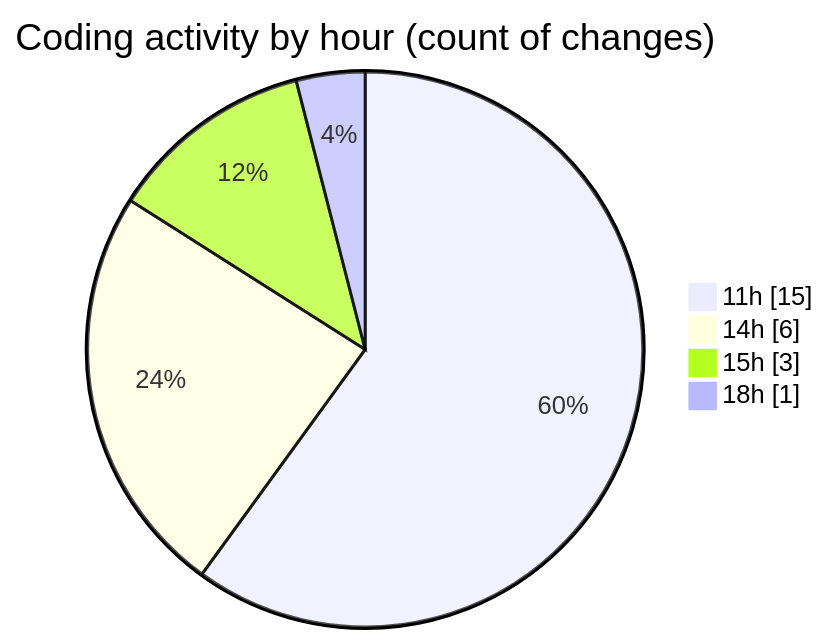
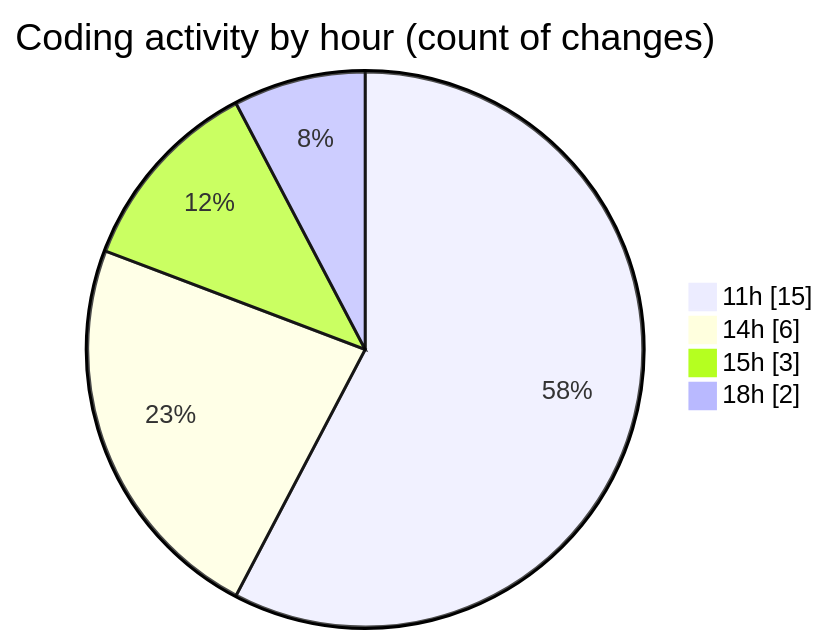
The second of 2 diagrams in 2025-12-12/nxtqube_webapp/README.md (nxtqubesakshisongat/code-tracking), drawn with Mermaid before and after one commit. The commit also changed other lines of this file and 1 other file, not shown here.

````diff
--- a/2025-12-12/nxtqube_webapp/README.md
+++ b/2025-12-12/nxtqube_webapp/README.md
@@ -30,8 +31,8 @@
 ```mermaid
 pie showData
 title Coding activity by hour (count of changes)
 "11h" : 15
 "14h" : 6
 "15h" : 3
-"18h" : 1
+"18h" : 2
 ```
````
